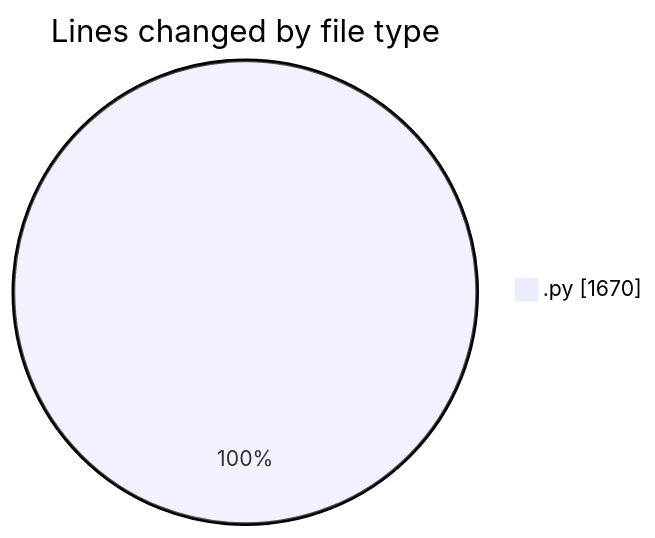
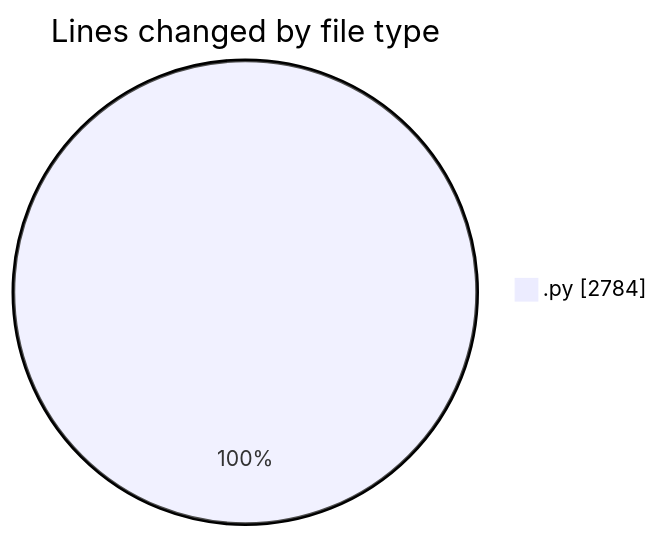
Before and after one commit to julien-gomy/code-tracking: the first of 2 diagrams in 2025-11-19/eventscop-api-guide__workspace_/README.md, drawn with Mermaid. The commit also changed other lines of this file and 1 other file, not shown here.

````diff
--- a/2025-11-19/eventscop-api-guide__workspace_/README.md
+++ b/2025-11-19/eventscop-api-guide__workspace_/README.md
@@ -23,5 +24,5 @@
 ```mermaid
 pie showData
 title Lines changed by file type
-".py" : 1670
+".py" : 2784
 ```
````
